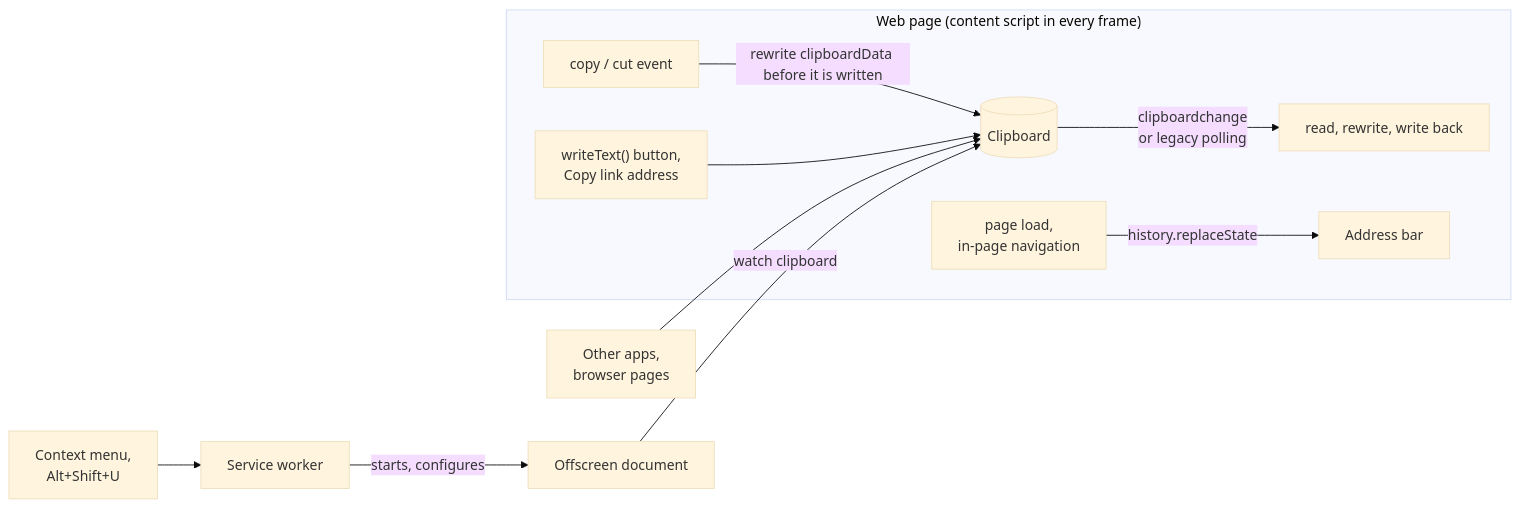
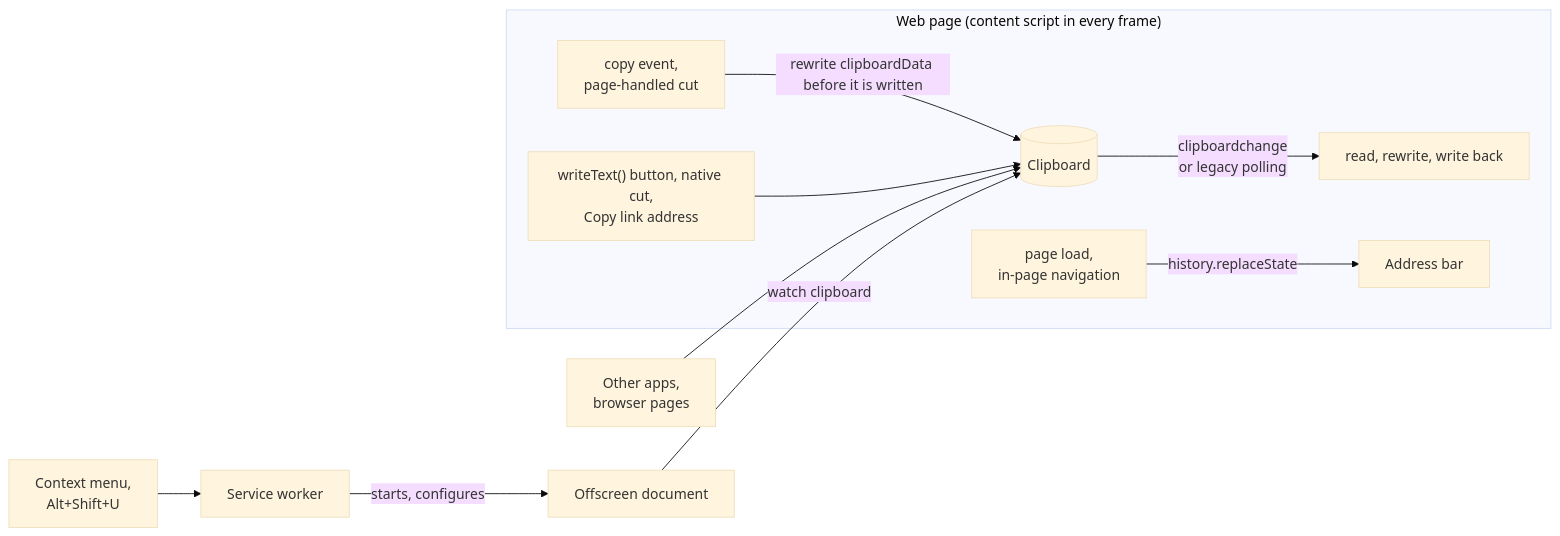
Before and after one commit to pszemraj/utm-randomizer: the diagram in README.md, drawn with Mermaid (base theme). The commit also changed other lines of this file and 2 other files, not shown here.

Commit message:
docs: correct clipboard behavior and privacy details

````diff
--- a/README.md
+++ b/README.md
@@ -65,13 +69,13 @@
 ```mermaid
 flowchart LR
   subgraph page["Web page (content script in every frame)"]
-    copy["copy / cut event"] -->|"rewrite clipboardData before it is written"| clip[("Clipboard")]
-    other["writeText() button,<br/>Copy link address"] --> clip
+    copy["copy event,<br/>page-handled cut"] -->|"rewrite clipboardData before it is written"| clip[("Clipboard")]
+    other["writeText() button, native cut,<br/>Copy link address"] --> clip
     clip -->|"clipboardchange<br/>or legacy polling"| fix["read, rewrite, write back"]
     load["page load,<br/>in-page navigation"] -->|"history.replaceState"| bar["Address bar"]
   end
   apps["Other apps,<br/>browser pages"] --> clip
   worker["Service worker"] -->|"starts, configures"| offscreen["Offscreen document"]
   offscreen -->|"watch clipboard"| clip
   menu["Context menu,<br/>Alt+Shift+U"] --> worker
 ```
````
